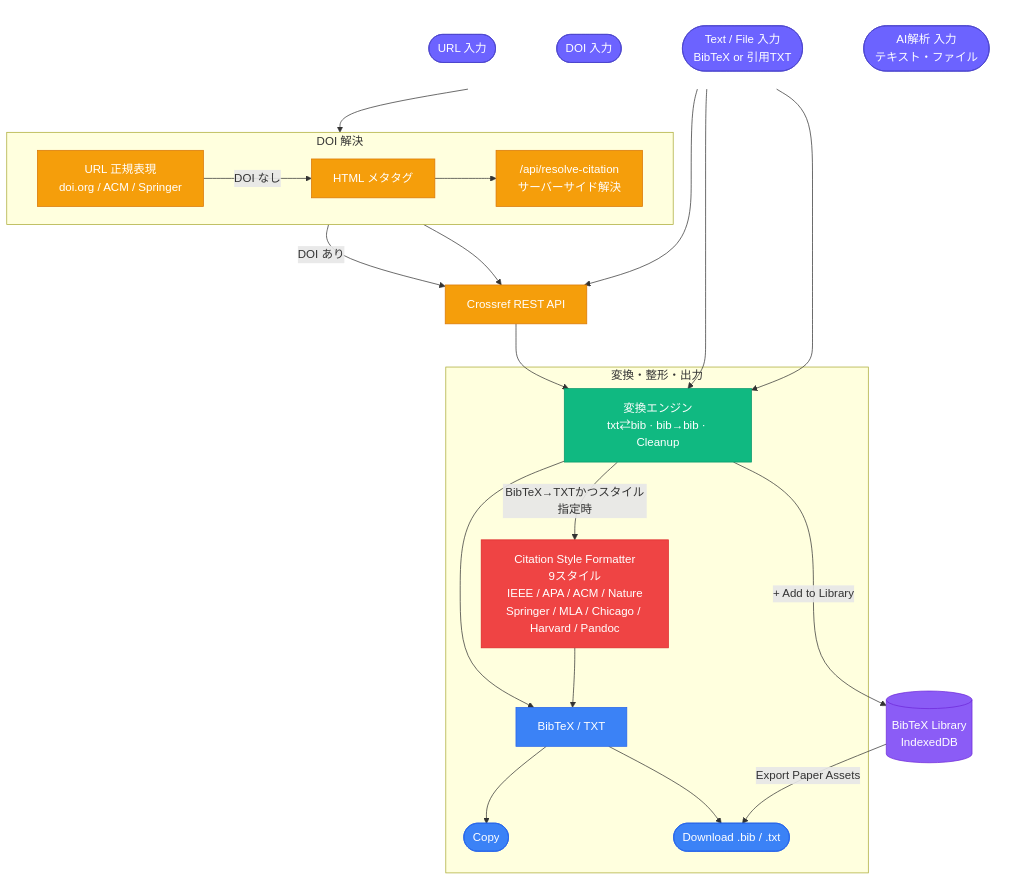
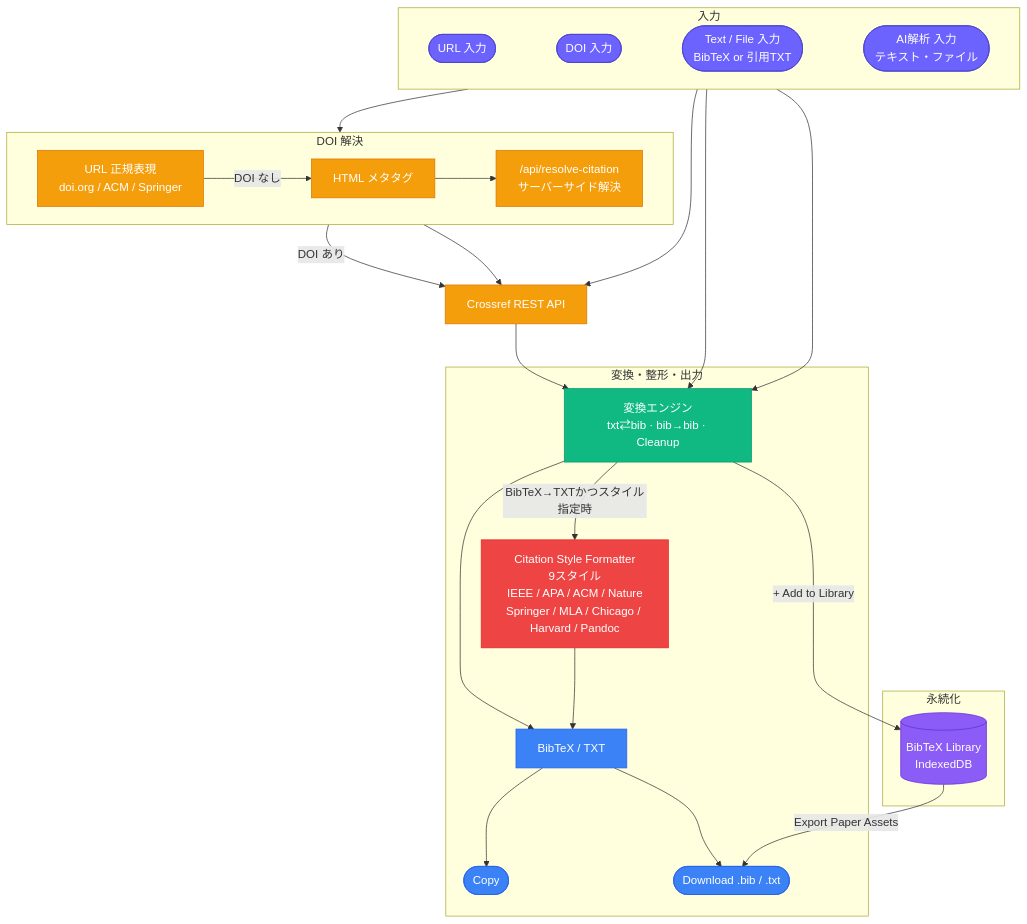
Before and after one commit to Axe0320/latex-research-toolkit: the first of 3 diagrams in docs/architecture/citation.md, drawn with Mermaid.

Commit message:
docs(architecture): fix citation.md box consistency
Give INPUTS a visible title/border to match RESOLVE/PROC, and wrap
LIB in its own STORE box so it no longer appears to poke out of the
PROC box.

````diff
--- a/docs/architecture/citation.md
+++ b/docs/architecture/citation.md
@@ -15,55 +15,56 @@
 ```mermaid
 %%{init: {'flowchart': {'nodeSpacing': 30, 'rankSpacing': 60}}}%%
 flowchart TD
     classDef input  fill:#6C63FF,color:#fff,stroke:#4a44cc
     classDef api    fill:#F59E0B,color:#fff,stroke:#D97706
     classDef parse  fill:#10B981,color:#fff,stroke:#059669
     classDef format fill:#EF4444,color:#fff,stroke:#DC2626
     classDef out    fill:#3B82F6,color:#fff,stroke:#2563EB
     classDef store  fill:#8B5CF6,color:#fff,stroke:#6D28D9
 
-    subgraph INPUTS[" "]
+    subgraph INPUTS["入力"]
         direction LR
         U(["URL 入力"]):::input
         D(["DOI 入力"]):::input
         T(["Text / File 入力<br/>BibTeX or 引用TXT"]):::input
         AI(["AI解析 入力<br/>テキスト・ファイル"]):::input
         U ~~~ D ~~~ T ~~~ AI
     end
-    style INPUTS fill:transparent,stroke:transparent
 
     subgraph RESOLVE["DOI 解決"]
         direction LR
         RX["URL 正規表現<br/>doi.org / ACM / Springer"]:::api
         META[HTML メタタグ]:::api
         PROXY["/api/resolve-citation<br/>サーバーサイド解決"]:::api
         RX -->|"DOI なし"| META --> PROXY
     end
 
     CR[Crossref REST API]:::api
 
     subgraph PROC["変換・整形・出力"]
         CV["変換エンジン<br/>txt⇄bib · bib→bib · Cleanup"]:::parse
         SF["Citation Style Formatter<br/>9スタイル<br/>IEEE / APA / ACM / Nature<br/>Springer / MLA / Chicago / Harvard / Pandoc"]:::format
         OP[BibTeX / TXT]:::out
         CP([Copy]):::out
         DL([Download .bib / .txt]):::out
         CV -->|"BibTeX→TXTかつスタイル指定時"| SF
         CV --> OP
         SF --> OP
         OP --> CP
         OP --> DL
     end
 
-    LIB[("BibTeX Library<br/>IndexedDB")]:::store
+    subgraph STORE["永続化"]
+        LIB[("BibTeX Library<br/>IndexedDB")]:::store
+    end
 
     U --> RX
     D --> CR
     RX -->|"DOI あり"| CR
     PROXY --> CR
     CR --> CV
     T --> CV
     AI --> CV
     CV -->|"+ Add to Library"| LIB
     LIB -->|"Export Paper Assets"| DL
 ```
````
